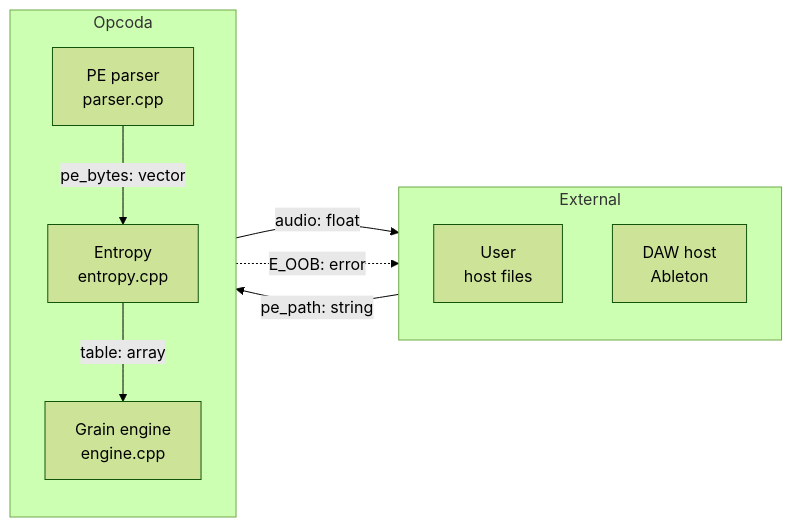
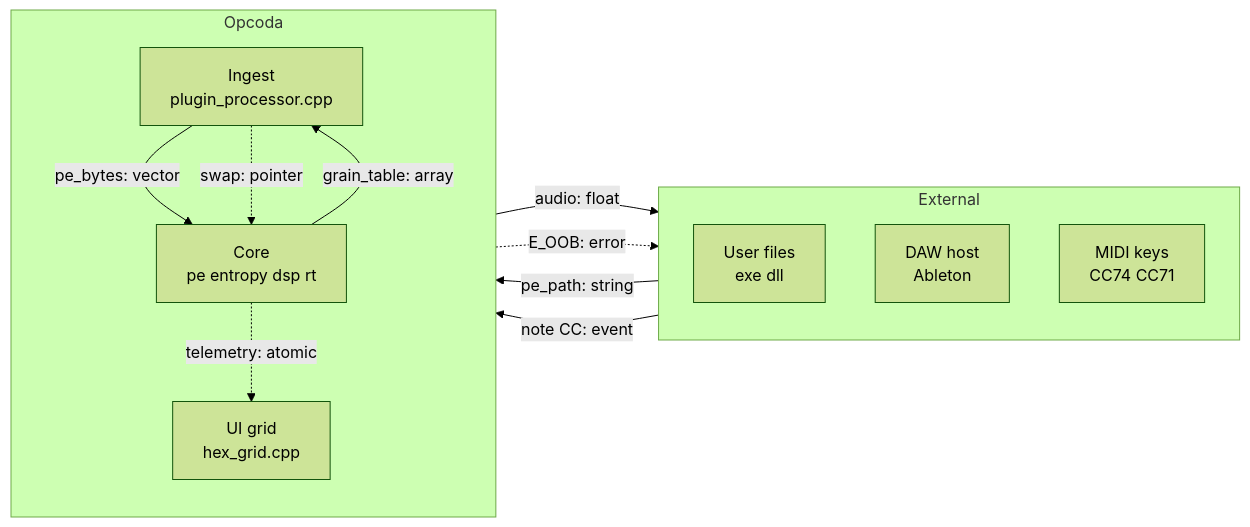
One commit to 9matesu/Catlas changed the diagram in examples/opcoda-pe-pipeline/diagrams/context.mmd. Above: the diagram before and after it, drawn with Mermaid (forest theme). The commit also changed 13 other files, not shown here.

Commit message:
Catlas: Opcoda example case with rendered diagram images in READMEs

```diff
--- a/examples/opcoda-pe-pipeline/diagrams/context.mmd
+++ b/examples/opcoda-pe-pipeline/diagrams/context.mmd
@@ -1,18 +1,22 @@
 flowchart LR
   direction LR
   subgraph ext[External]
     direction TB
-    U[User<br/>host files]
+    U[User files<br/>exe dll]
     D[DAW host<br/>Ableton]
+    M[MIDI keys<br/>CC74 CC71]
   end
   subgraph repo[Opcoda]
     direction TB
-    P[PE parser<br/>parser.cpp]
-    E[Entropy<br/>entropy.cpp]
-    G[Grain engine<br/>engine.cpp]
+    I[Ingest<br/>plugin_processor.cpp]
+    C[Core<br/>pe entropy dsp rt]
+    V[UI grid<br/>hex_grid.cpp]
   end
-  U -->|pe_path: string| P
-  P -->|pe_bytes: vector| E
-  E -->|table: array| G
-  G -->|audio: float| D
-  P -.->|E_OOB: error| U
+  U -->|pe_path: string| I
+  M -->|note CC: event| I
+  I -->|pe_bytes: vector| C
+  C -->|grain_table: array| I
+  I -.->|swap: pointer| C
+  C -->|audio: float| D
+  C -.->|telemetry: atomic| V
+  I -.->|E_OOB: error| U
```
